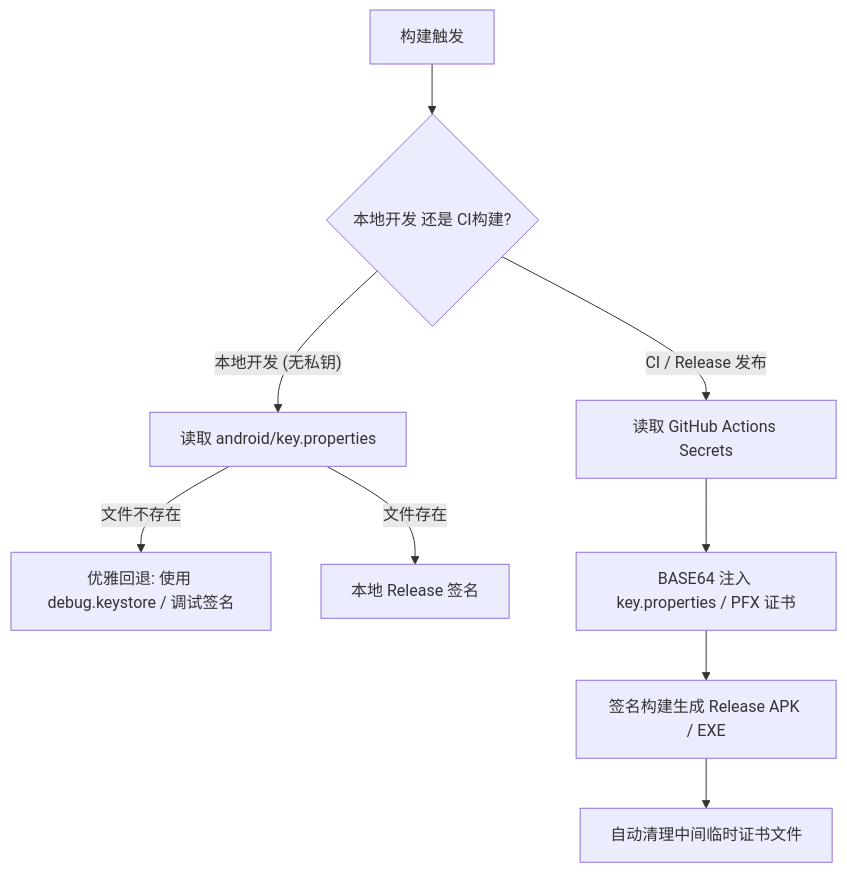
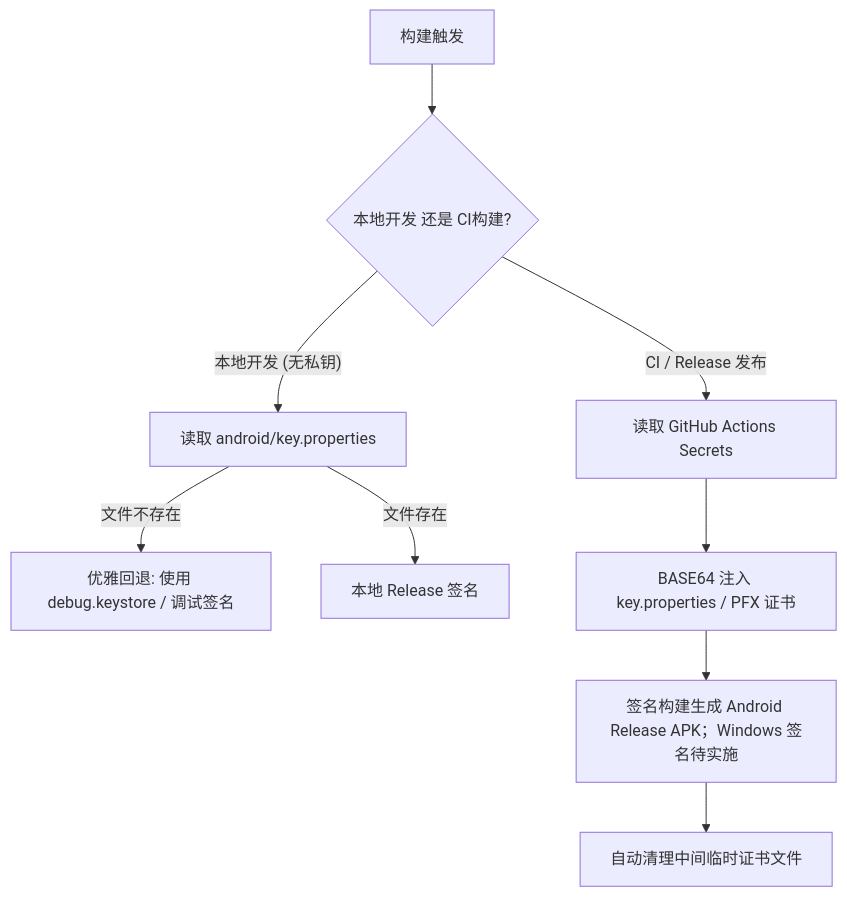
The diagram in docs/RELEASE_PLAN.md (snow-moonlight1/Compoise), drawn with Mermaid before and after one commit. The commit also changed other lines of this file and 7 other files, not shown here.

````diff
--- a/docs/RELEASE_PLAN.md
+++ b/docs/RELEASE_PLAN.md
@@ -68,11 +68,11 @@
 ```mermaid
 flowchart TD
     A[构建触发] --> B{本地开发 还是 CI构建?}
     B -- 本地开发 (无私钥) --> C[读取 android/key.properties]
     C -- 文件不存在 --> D[优雅回退: 使用 debug.keystore / 调试签名]
     C -- 文件存在 --> E[本地 Release 签名]
     B -- CI / Release 发布 --> F[读取 GitHub Actions Secrets]
     F --> G[BASE64 注入 key.properties / PFX 证书]
-    G --> H[签名构建生成 Release APK / EXE]
+    G --> H[签名构建生成 Android Release APK；Windows 签名待实施]
     H --> I[自动清理中间临时证书文件]
 ```
````
